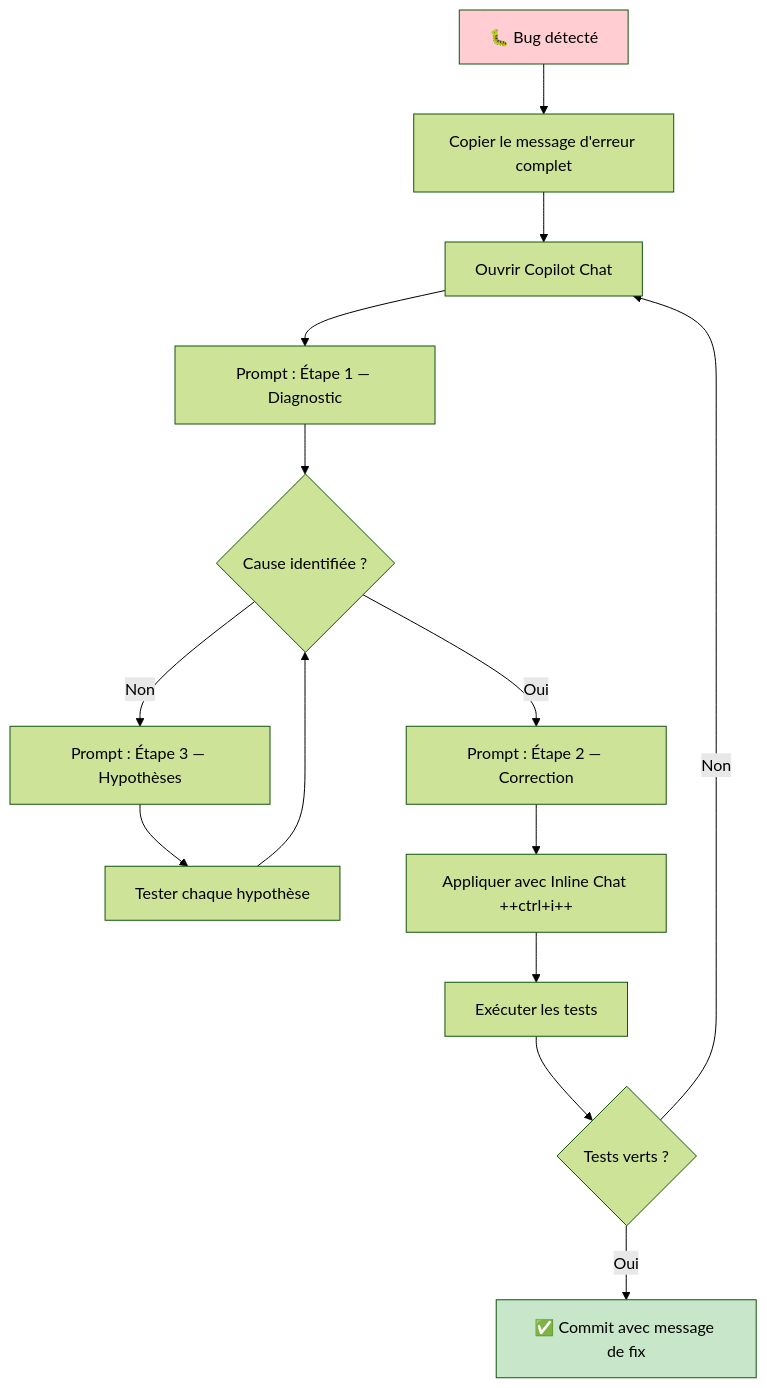
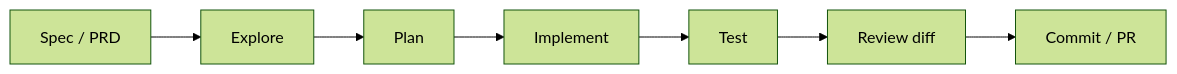
Before and after one commit to FTurleque/doc-utilisation-ia: the first of 2 diagrams in docs/chapitre-9-bonnes-pratiques/workflows-ia.md, drawn with Mermaid (forest theme). The commit also changed other lines of this file and 261 other files, not shown here.

````diff
--- a/docs/chapitre-9-bonnes-pratiques/workflows-ia.md
+++ b/docs/chapitre-9-bonnes-pratiques/workflows-ia.md
@@ -402,19 +11,9 @@
 ```mermaid
-graph TD
-    A["🐛 Bug détecté"] --> B["Copier le message d'erreur complet"]
-    B --> C["Ouvrir Copilot Chat"]
-    C --> D["Prompt : Étape 1 — Diagnostic"]
-    D --> E{Cause identifiée ?}
-    E -->|Oui| F["Prompt : Étape 2 — Correction"]
-    E -->|Non| G["Prompt : Étape 3 — Hypothèses"]
-    G --> H["Tester chaque hypothèse"]
-    H --> E
-    F --> I["Appliquer avec Inline Chat ++ctrl+i++"]
-    I --> J["Exécuter les tests"]
-    J --> K{Tests verts ?}
-    K -->|Oui| L["✅ Commit avec message de fix"]
-    K -->|Non| C
-
-    style A fill:#ffcdd2
-    style L fill:#c8e6c9
+graph LR
+    A["Spec / PRD"] --> B["Explore"]
+    B --> C["Plan"]
+    C --> D["Implement"]
+    D --> E["Test"]
+    E --> F["Review diff"]
+    F --> G["Commit / PR"]
 ```
````
